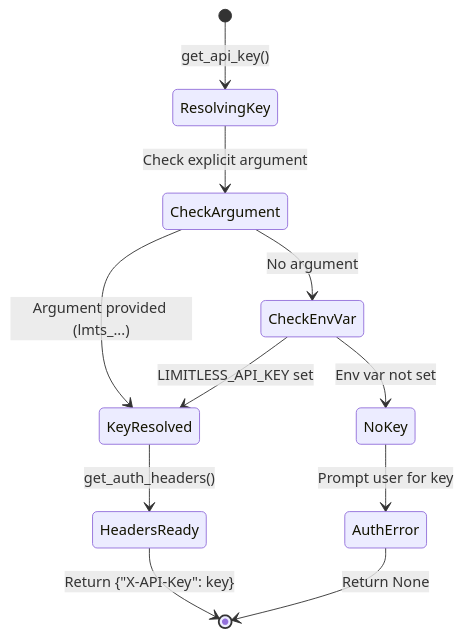
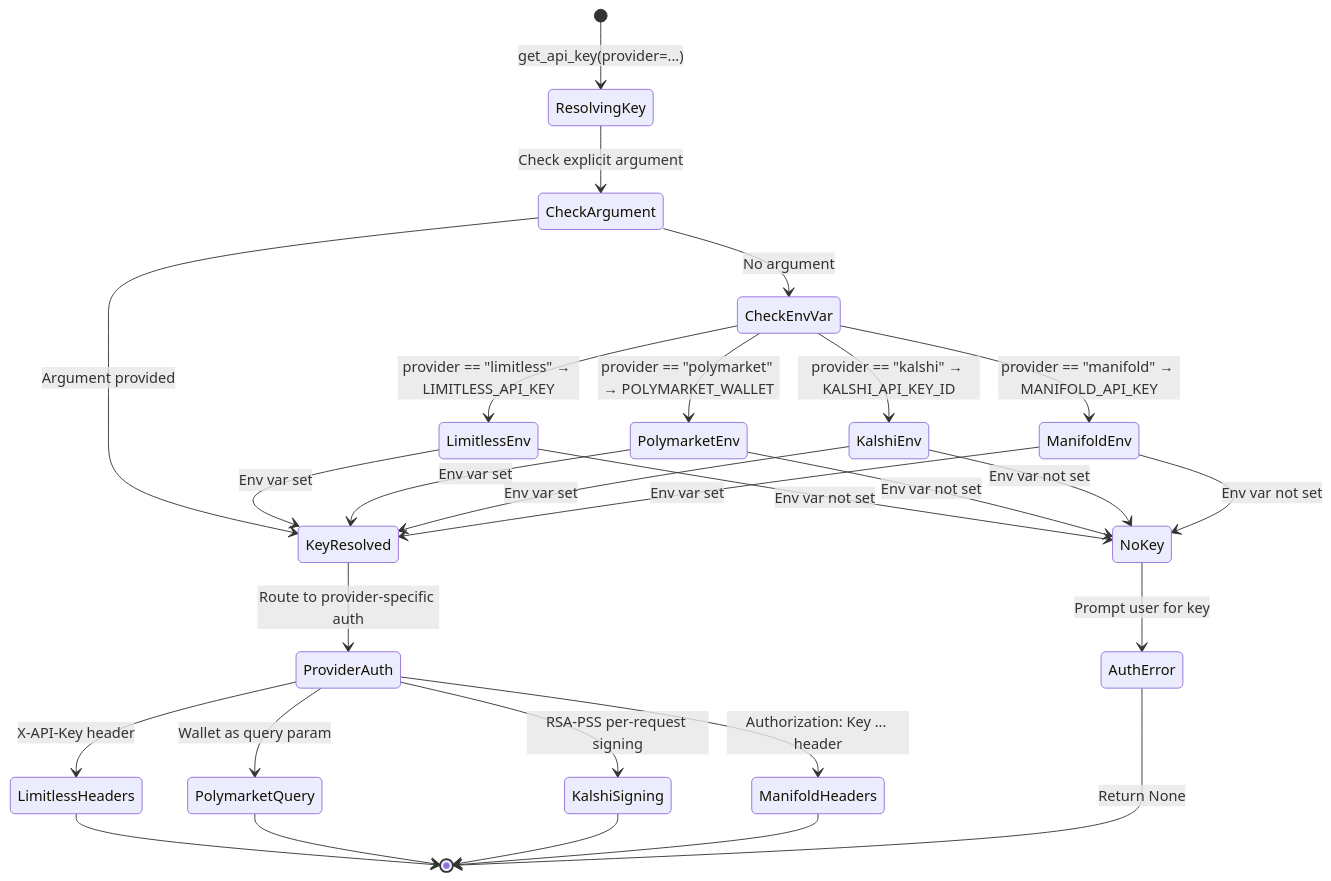
The third of 13 diagrams in docs/STATE_MACHINE_DIAGRAMS.md (Frostbite1536/Prediction_Analyzer), drawn with Mermaid before and after one commit. The commit also changed other lines of this file and 6 other files, not shown here.

````diff
--- a/docs/STATE_MACHINE_DIAGRAMS.md
+++ b/docs/STATE_MACHINE_DIAGRAMS.md
@@ -75,18 +135,37 @@
 ```mermaid
 stateDiagram-v2
-    [*] --> ResolvingKey: get_api_key()
+    [*] --> ResolvingKey: get_api_key(provider=...)
 
     ResolvingKey --> CheckArgument: Check explicit argument
 
-    CheckArgument --> KeyResolved: Argument provided (lmts_...)
+    CheckArgument --> KeyResolved: Argument provided
     CheckArgument --> CheckEnvVar: No argument
 
-    CheckEnvVar --> KeyResolved: LIMITLESS_API_KEY set
-    CheckEnvVar --> NoKey: Env var not set
+    CheckEnvVar --> LimitlessEnv: provider == "limitless" → LIMITLESS_API_KEY
+    CheckEnvVar --> PolymarketEnv: provider == "polymarket" → POLYMARKET_WALLET
+    CheckEnvVar --> KalshiEnv: provider == "kalshi" → KALSHI_API_KEY_ID
+    CheckEnvVar --> ManifoldEnv: provider == "manifold" → MANIFOLD_API_KEY
 
-    KeyResolved --> HeadersReady: get_auth_headers()
+    LimitlessEnv --> KeyResolved: Env var set
+    LimitlessEnv --> NoKey: Env var not set
+    PolymarketEnv --> KeyResolved: Env var set
+    PolymarketEnv --> NoKey: Env var not set
+    KalshiEnv --> KeyResolved: Env var set
+    KalshiEnv --> NoKey: Env var not set
+    ManifoldEnv --> KeyResolved: Env var set
+    ManifoldEnv --> NoKey: Env var not set
+
+    KeyResolved --> ProviderAuth: Route to provider-specific auth
     NoKey --> AuthError: Prompt user for key
 
-    HeadersReady --> [*]: Return {"X-API-Key": key}
+    ProviderAuth --> LimitlessHeaders: X-API-Key header
+    ProviderAuth --> PolymarketQuery: Wallet as query param
+    ProviderAuth --> KalshiSigning: RSA-PSS per-request signing
+    ProviderAuth --> ManifoldHeaders: Authorization: Key ... header
+
+    LimitlessHeaders --> [*]
+    PolymarketQuery --> [*]
+    KalshiSigning --> [*]
+    ManifoldHeaders --> [*]
     AuthError --> [*]: Return None
 ```
````
